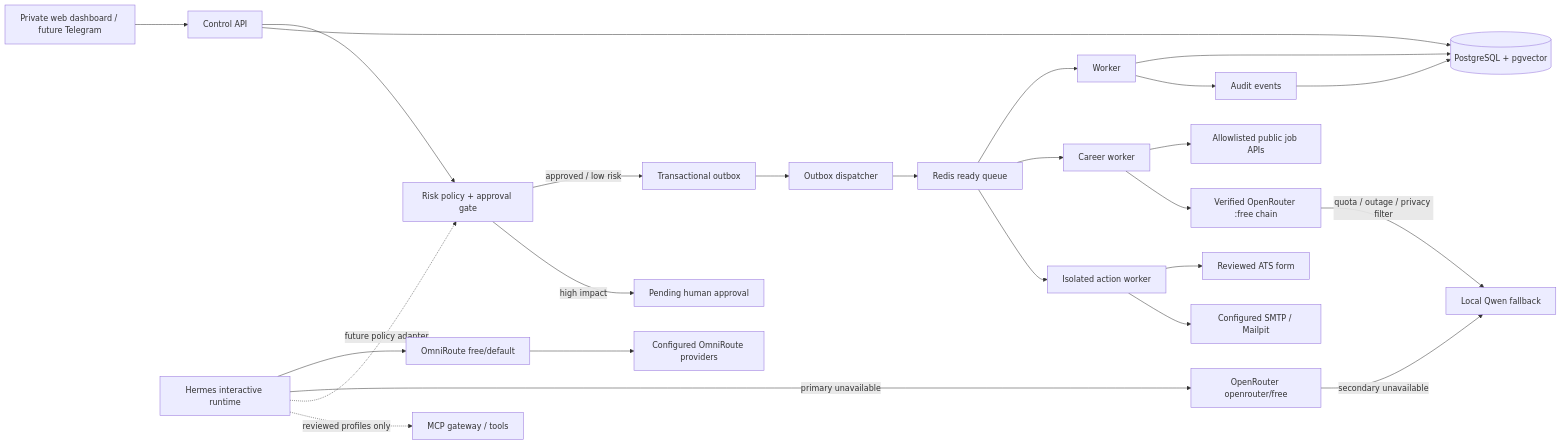
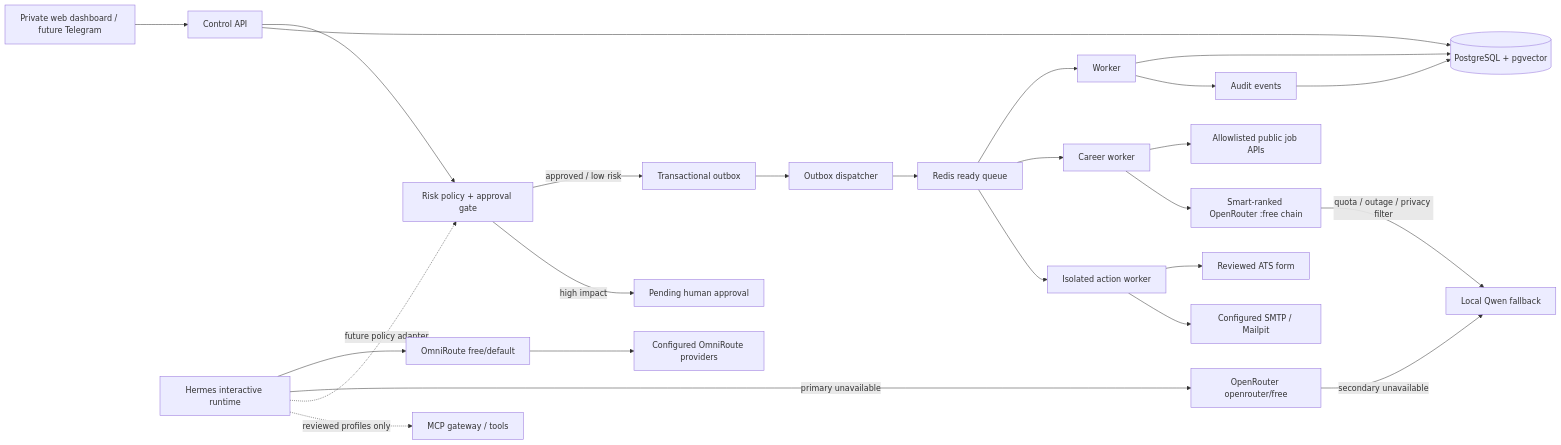
The diagram in README.md (ReaperXD67/autonomous-personal-agent), drawn with Mermaid before and after one commit. The commit also changed other lines of this file and 29 other files, not shown here.

````diff
--- a/README.md
+++ b/README.md
@@ -62,28 +62,28 @@
 ```mermaid
 flowchart LR
     U["Private web dashboard / future Telegram"] --> API["Control API"]
     API --> POLICY["Risk policy + approval gate"]
     POLICY -->|"approved / low risk"| OB["Transactional outbox"]
     POLICY -->|"high impact"| A["Pending human approval"]
     OB --> D["Outbox dispatcher"]
     D --> Q["Redis ready queue"]
     Q --> W["Worker"]
     Q --> JW["Career worker"]
     Q --> AW["Isolated action worker"]
     JW --> JS["Allowlisted public job APIs"]
-    JW --> OR["Verified OpenRouter :free chain"]
+    JW --> OR["Smart-ranked OpenRouter :free chain"]
     OR -->|"quota / outage / privacy filter"| LM["Local Qwen fallback"]
     AW --> ATS["Reviewed ATS form"]
     AW --> SMTP["Configured SMTP / Mailpit"]
     API --> PG[("PostgreSQL + pgvector")]
     W --> PG
     W --> AUDIT["Audit events"]
     AUDIT --> PG
 
     H["Hermes interactive runtime"] --> O["OmniRoute free/default"]
     O --> LLM["Configured OmniRoute providers"]
     H -->|"primary unavailable"| ORF["OpenRouter openrouter/free"]
     ORF -->|"secondary unavailable"| LM
     H -. "future policy adapter" .-> POLICY
     H -. "reviewed profiles only" .-> MCP["MCP gateway / tools"]
 ```
````
